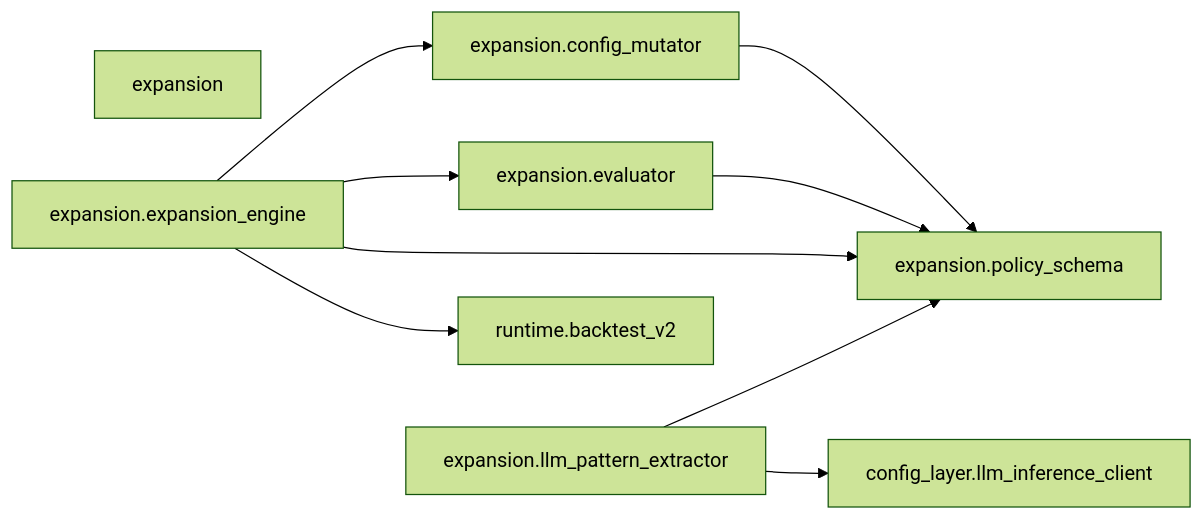
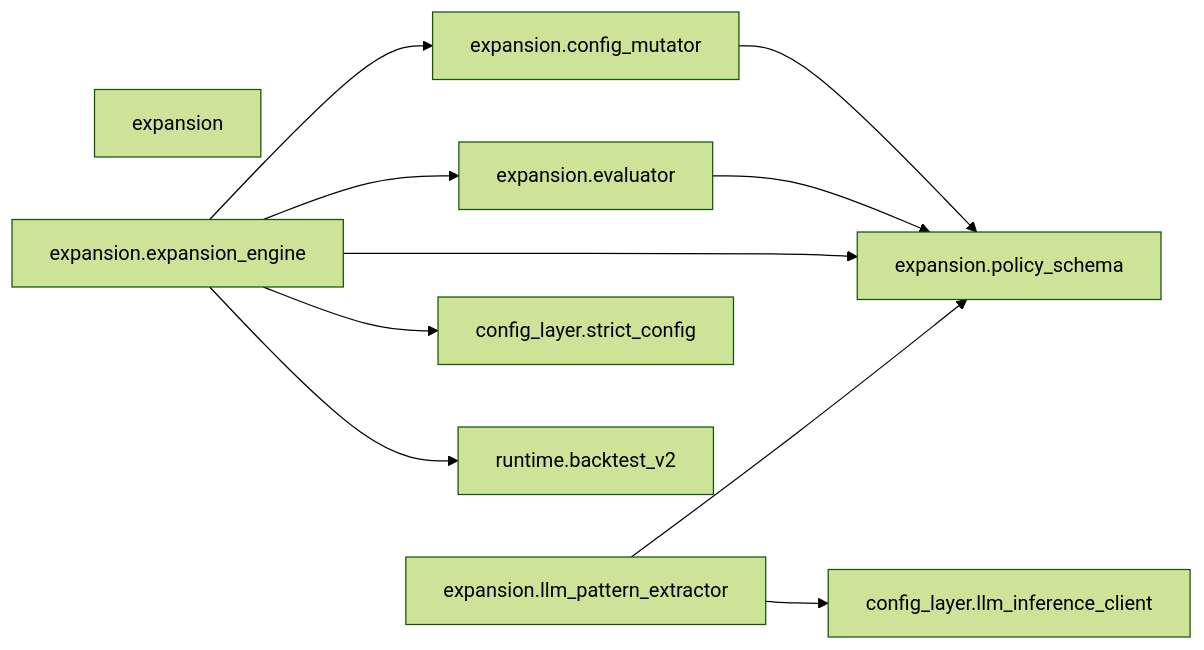
One commit to Chaithu1995-0312/TradeHlt changed diagram 14 of 41 in docs/architecture/code-map.generated.md. Above: the diagram before and after it, drawn with Mermaid (forest theme). The commit also changed other lines of this file and 6 other files, not shown here.

````diff
--- a/docs/architecture/code-map.generated.md
+++ b/docs/architecture/code-map.generated.md
@@ -923,19 +1002,21 @@
 ```mermaid
 flowchart LR
     expansion["expansion"]
     expansion_config_mutator["expansion.config_mutator"]
     expansion_evaluator["expansion.evaluator"]
     expansion_expansion_engine["expansion.expansion_engine"]
     expansion_llm_pattern_extractor["expansion.llm_pattern_extractor"]
     expansion_policy_schema["expansion.policy_schema"]
     config_layer_llm_inference_client["config_layer.llm_inference_client"]
+    config_layer_strict_config["config_layer.strict_config"]
     runtime_backtest_v2["runtime.backtest_v2"]
     expansion_config_mutator --> expansion_policy_schema
     expansion_evaluator --> expansion_policy_schema
+    expansion_expansion_engine --> config_layer_strict_config
     expansion_expansion_engine --> expansion_config_mutator
     expansion_expansion_engine --> expansion_evaluator
     expansion_expansion_engine --> expansion_policy_schema
     expansion_expansion_engine --> runtime_backtest_v2
     expansion_llm_pattern_extractor --> config_layer_llm_inference_client
     expansion_llm_pattern_extractor --> expansion_policy_schema
 ```
````
